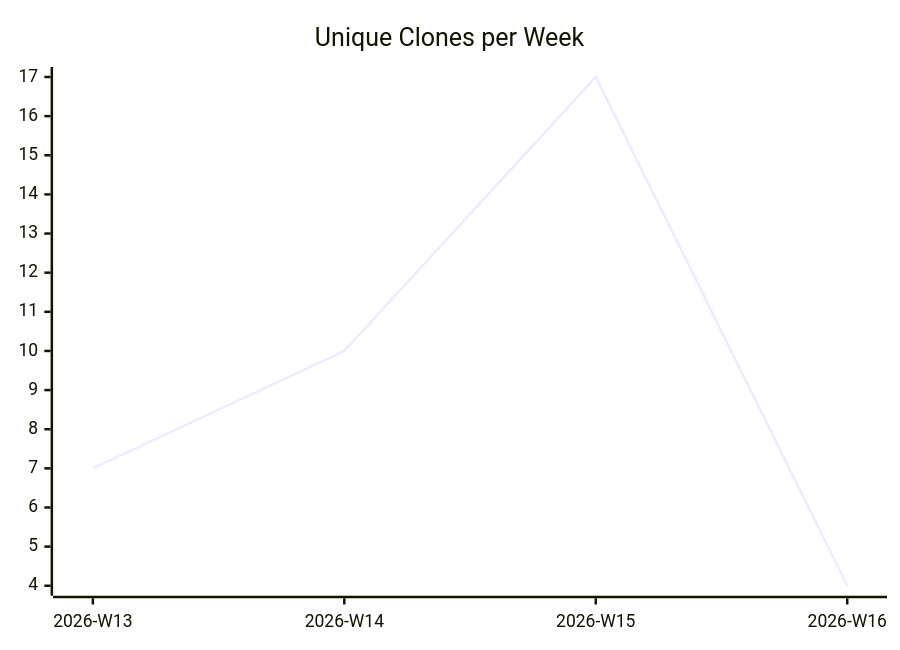
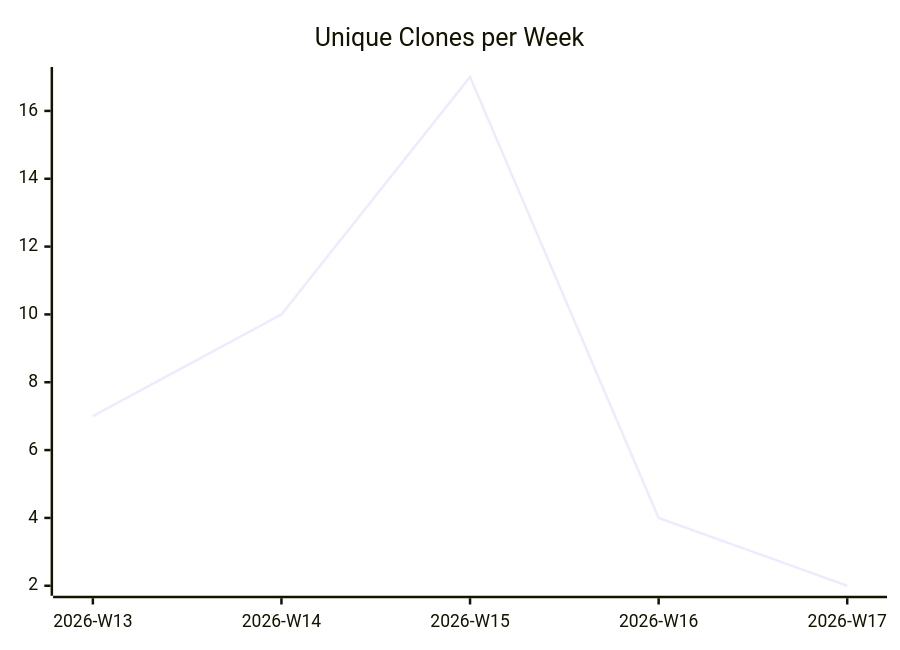
One commit to justdavis-family/github-analytics-data changed the third of 3 diagrams in karlmdavis/ksoap2-android/README.md. Above: the diagram before and after it, drawn with Mermaid. The commit also changed other lines of this file and 192 other files, not shown here.

````diff
--- a/karlmdavis/ksoap2-android/README.md
+++ b/karlmdavis/ksoap2-android/README.md
@@ -19,6 +19,6 @@
 ```mermaid
 xychart-beta
   title "Unique Clones per Week"
-  x-axis ["2026-W13", "2026-W14", "2026-W15", "2026-W16"]
-  line [7, 10, 17, 4]
+  x-axis ["2026-W13", "2026-W14", "2026-W15", "2026-W16", "2026-W17"]
+  line [7, 10, 17, 4, 2]
 ```
````
